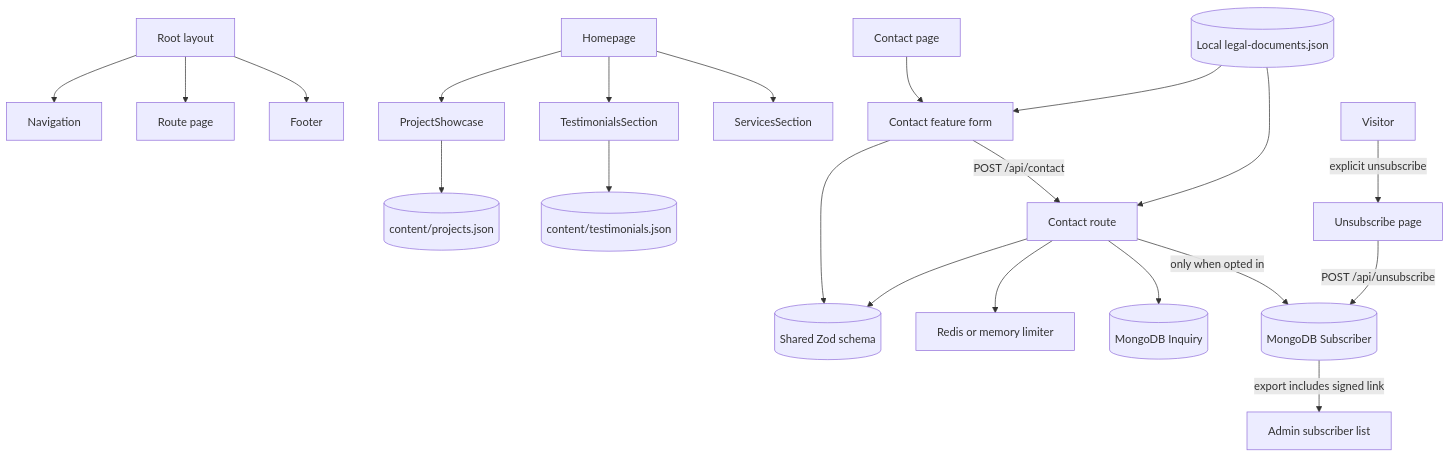
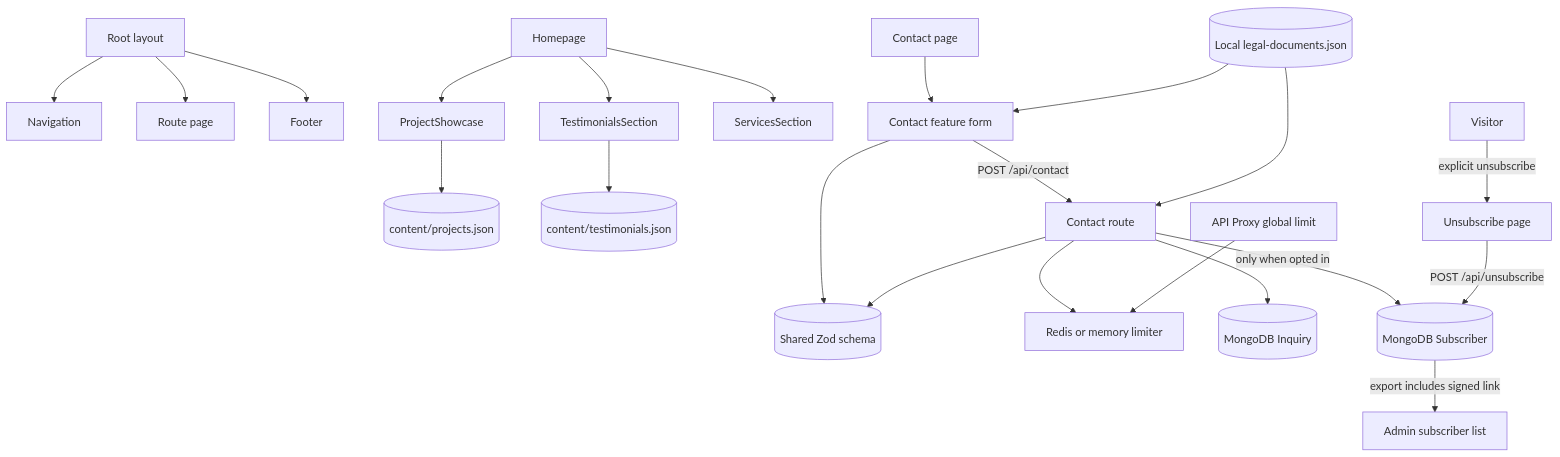
Before and after one commit to nlarge-global/nlarge-global-webste: the first of 2 diagrams in docs/ARCHITECTURE.md, drawn with Mermaid. The commit also changed other lines of this file and 7 other files, not shown here.

Commit message:
feat: implement centralized rate limiting across API routes; remove legacy rate limit logic

````diff
--- a/docs/ARCHITECTURE.md
+++ b/docs/ARCHITECTURE.md
@@ -161,25 +167,26 @@
 ```mermaid
 flowchart TD
     Layout[Root layout] --> Navigation
     Layout --> Page[Route page]
     Layout --> Footer
 
     Home[Homepage] --> ProjectShowcase
     Home --> TestimonialsSection
     Home --> ServicesSection
     ProjectShowcase --> Projects[(content/projects.json)]
     TestimonialsSection --> Testimonials[(content/testimonials.json)]
 
     ContactPage[Contact page] --> ContactForm[Contact feature form]
     ContactForm --> ContactSchema[(Shared Zod schema)]
     ContactForm -->|POST /api/contact| ContactAPI[Contact route]
     ContactAPI --> ContactSchema
     ContactAPI --> RateLimit[Redis or memory limiter]
+    Proxy[API Proxy global limit] --> RateLimit
     ContactAPI --> Inquiry[(MongoDB Inquiry)]
     LegalContent[(Local legal-documents.json)] --> ContactForm
     LegalContent --> ContactAPI
     ContactAPI -->|only when opted in| Subscriber[(MongoDB Subscriber)]
     Subscriber -->|export includes signed link| Admin[Admin subscriber list]
     Visitor -->|explicit unsubscribe| Unsubscribe[Unsubscribe page]
     Unsubscribe -->|POST /api/unsubscribe| Subscriber
 ```
````
